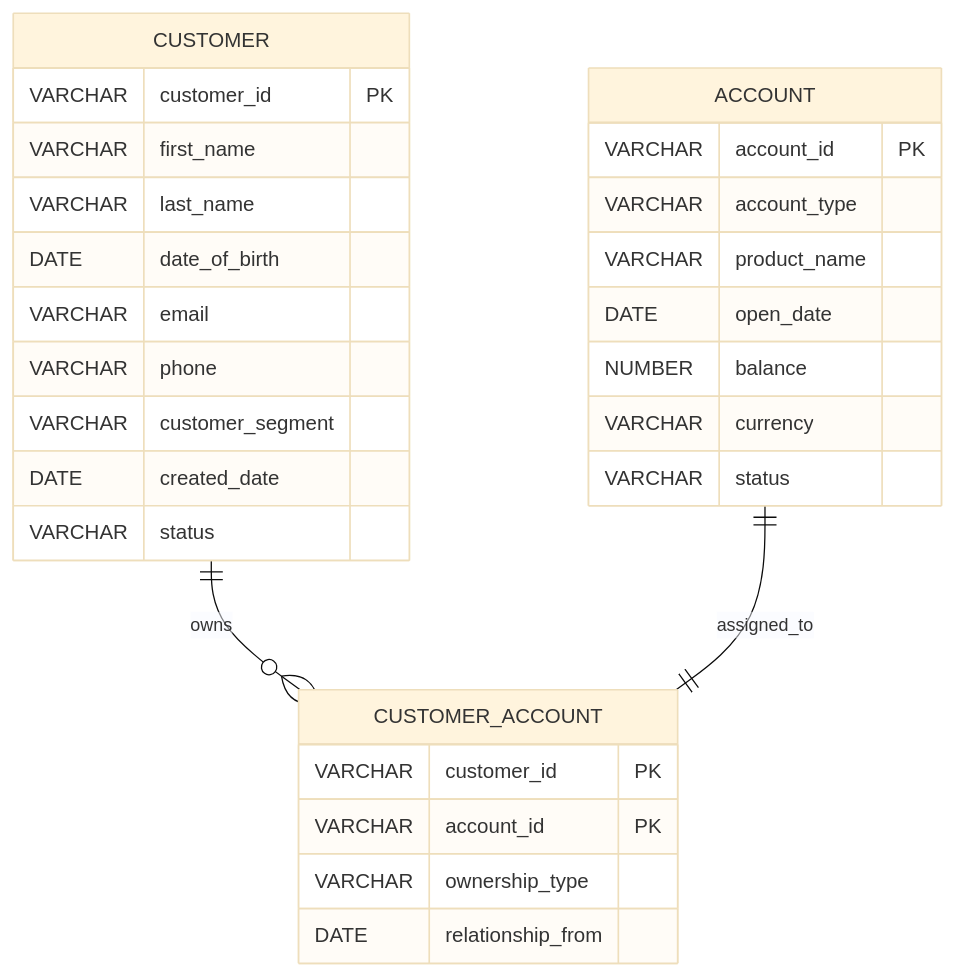
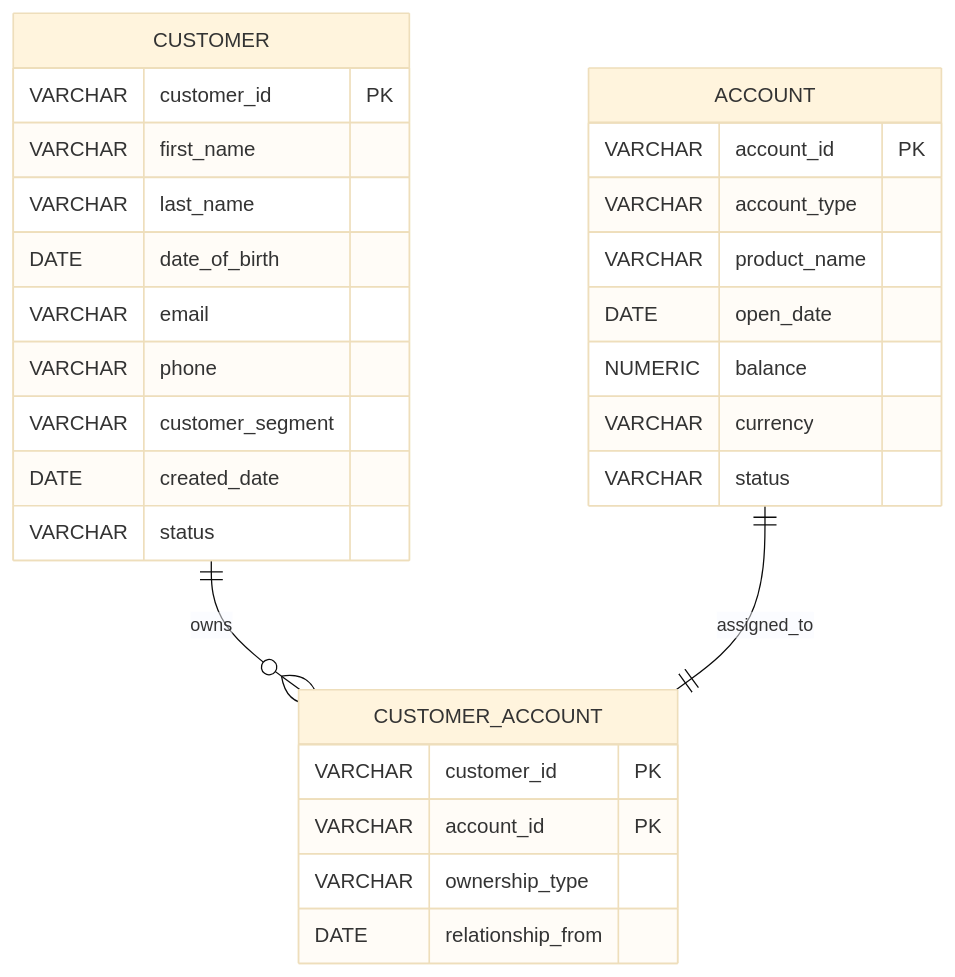
One commit to liangchenwang-1-alt/32113-a2-group5 changed the second of 4 diagrams in lab-env/advanced-database-lab/workspace/source_systems/source_er_diagram.md. Above: the diagram before and after it, drawn with Mermaid (base theme). The commit also changed other lines of this file and 11 other files, not shown here.

````diff
--- a/lab-env/advanced-database-lab/workspace/source_systems/source_er_diagram.md
+++ b/lab-env/advanced-database-lab/workspace/source_systems/source_er_diagram.md
@@ -20,31 +20,31 @@
 ```mermaid
 erDiagram
     CUSTOMER {
         VARCHAR customer_id PK
         VARCHAR first_name
         VARCHAR last_name
         DATE date_of_birth
         VARCHAR email
         VARCHAR phone
         VARCHAR customer_segment
         DATE created_date
         VARCHAR status
     }
     ACCOUNT {
         VARCHAR account_id PK
         VARCHAR account_type
         VARCHAR product_name
         DATE open_date
-        NUMBER balance
+        NUMERIC balance
         VARCHAR currency
         VARCHAR status
     }
     CUSTOMER_ACCOUNT {
         VARCHAR customer_id PK
         VARCHAR account_id PK
         VARCHAR ownership_type
         DATE relationship_from
     }
     CUSTOMER ||--o{ CUSTOMER_ACCOUNT : owns
     ACCOUNT ||--|| CUSTOMER_ACCOUNT : assigned_to
 ```
````
